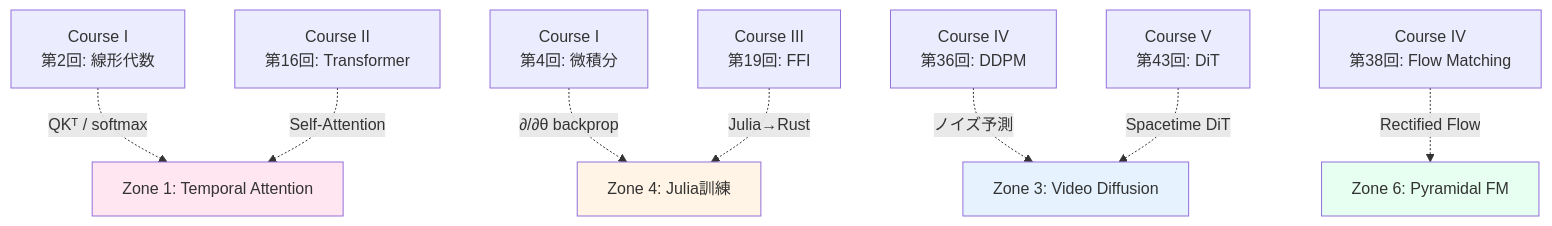
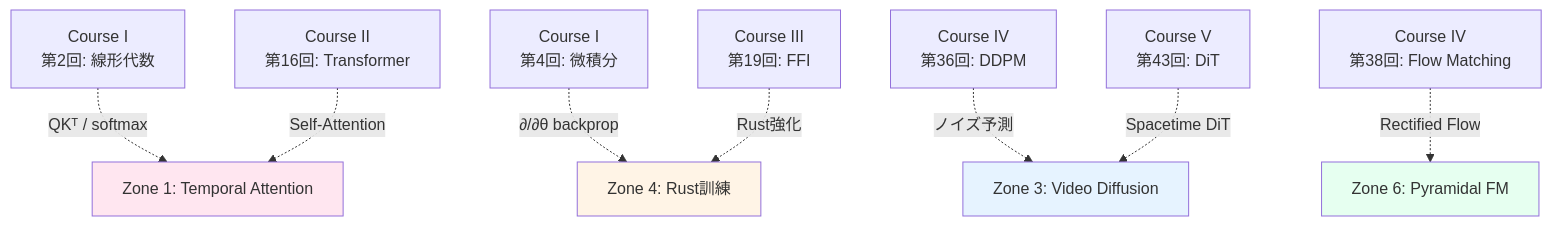
The third of 4 diagrams in articles/ml-lecture-45-part1.md (fumishiki/zenn), drawn with Mermaid before and after one commit. The commit also changed other lines of this file and 97 other files, not shown here.

````diff
--- a/articles/ml-lecture-45-part1.md
+++ b/articles/ml-lecture-45-part1.md
@@ -1444,15 +1466,15 @@
 ```mermaid
 graph TD
     A["Course I<br/>第2回: 線形代数"] -.->|"QKᵀ / softmax"| B["Zone 1: Temporal Attention"]
-    C["Course I<br/>第4回: 微積分"] -.->|"∂/∂θ backprop"| D["Zone 4: Julia訓練"]
+    C["Course I<br/>第4回: 微積分"] -.->|"∂/∂θ backprop"| D["Zone 4: Rust訓練"]
     E["Course II<br/>第16回: Transformer"] -.->|"Self-Attention"| B
     F["Course IV<br/>第36回: DDPM"] -.->|"ノイズ予測"| G["Zone 3: Video Diffusion"]
     H["Course IV<br/>第38回: Flow Matching"] -.->|"Rectified Flow"| I["Zone 6: Pyramidal FM"]
-    J["Course III<br/>第19回: FFI"] -.->|"Julia→Rust"| D
+    J["Course III<br/>第19回: FFI"] -.->|"Rust強化"| D
     K["Course V<br/>第43回: DiT"] -.->|"Spacetime DiT"| G
 
     style B fill:#ffe6f0
     style G fill:#e6f3ff
     style D fill:#fff4e6
     style I fill:#e6fff0
 ```
````
